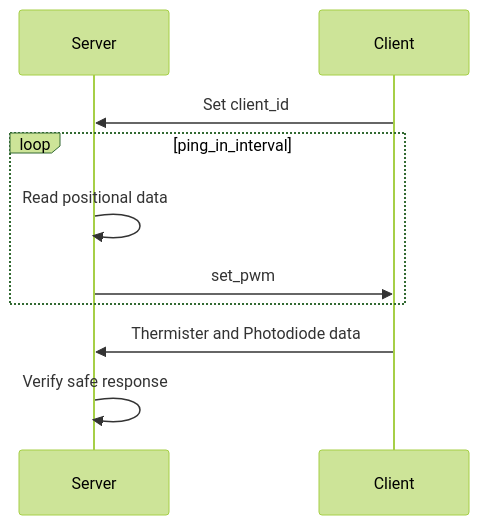
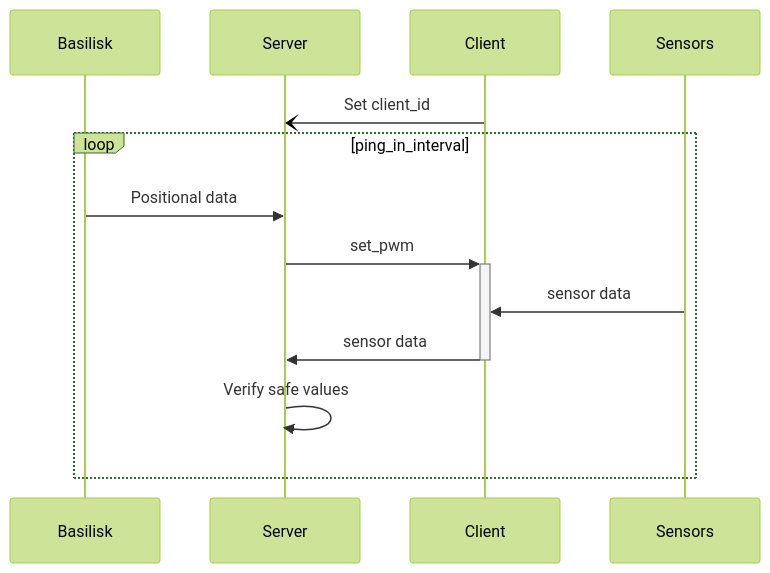
Before and after one commit to oresat/oresat-solar-simulator-hardware: the diagram in README.md, drawn with Mermaid (forest theme). The commit also changed other lines of this file, not shown here.

Commit message:
updated libraries and diagram

````diff
--- a/README.md
+++ b/README.md
@@ -34,12 +61,16 @@
 ```mermaid
 sequenceDiagram
+participant Basilisk
+    participant Basilisk
     participant Server
     participant Client
-    Client->>Server: Set client_id
+    participant Sensors
+    Client-)Server: Set client_id
     loop ping_in_interval
-        Server->>Server: Read positional data
-        Server->>Client: set_pwm
+        Basilisk->>Server: Positional data        
+        Server->>+Client: set_pwm
+        Sensors->>Client: sensor data
+        Client->>-Server: sensor data
+        Server->>Server: Verify safe values
     end
-    Client->>Server: Thermister and Photodiode data
-    Server->>Server: Verify safe response
 ```
````
